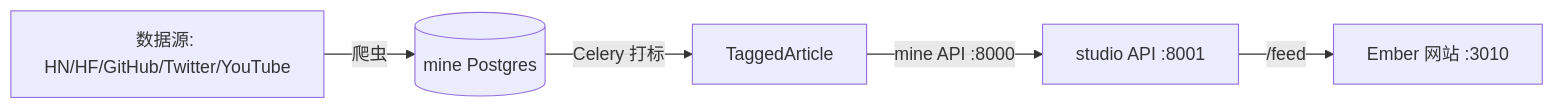
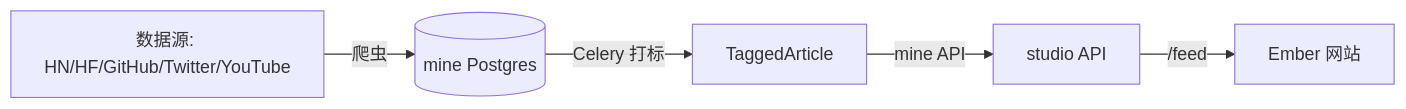
One commit to fuhanhao/Ember changed the diagram in README.md. Above: the diagram before and after it, drawn with Mermaid. The commit also changed other lines of this file, not shown here.

````diff
--- a/README.md
+++ b/README.md
@@ -84,7 +84,7 @@
 ```mermaid
 graph LR
   A[数据源: HN/HF/GitHub/Twitter/YouTube] -->|爬虫| B[(mine Postgres)]
   B -->|Celery 打标| C[TaggedArticle]
-  C -->|mine API :8000| D[studio API :8001]
-  D -->|/feed| E[Ember 网站 :3010]
+  C -->|mine API| D[studio API]
+  D -->|/feed| E[Ember 网站]
 ```
````
